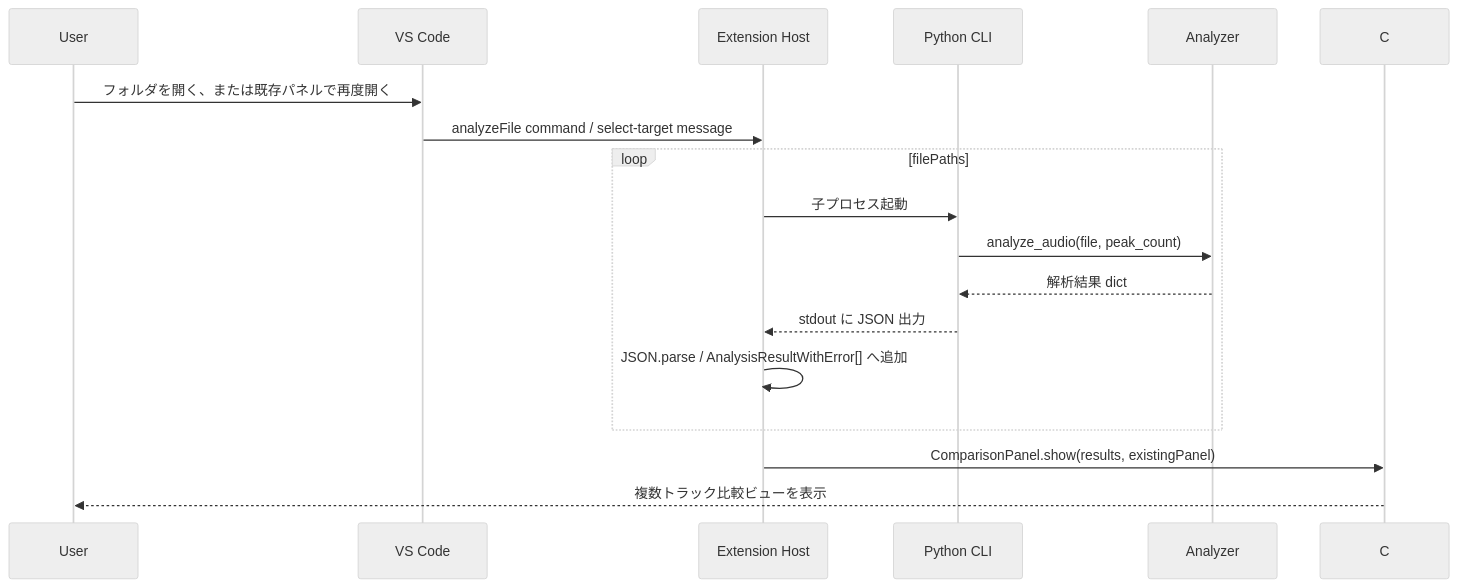
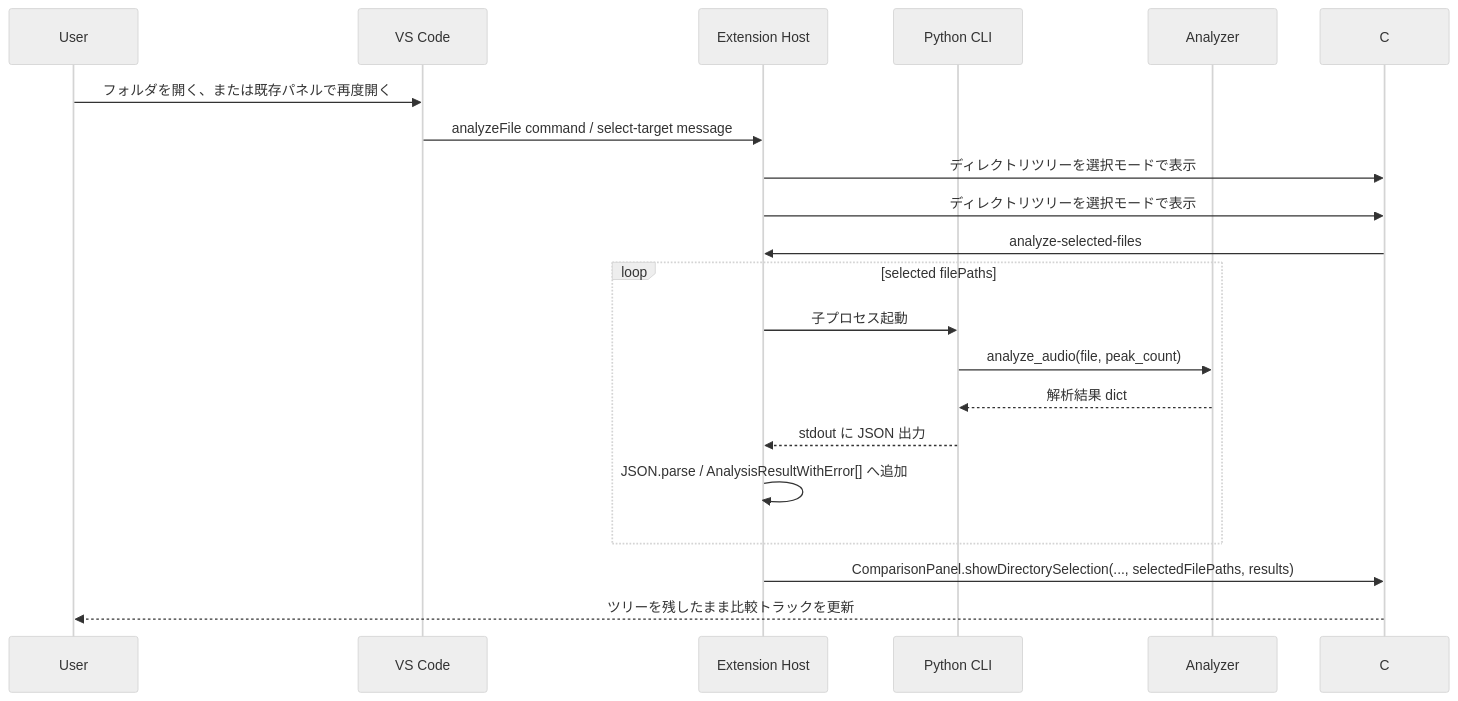
Before and after one commit to kasahart/audio-wandas-analyzer: the third of 3 diagrams in docs/architecture.md, drawn with Mermaid (neutral theme). The commit also changed other lines of this file and 16 other files, not shown here.

Commit message:
Implement directory selection startup flow

````diff
--- a/docs/architecture.md
+++ b/docs/architecture.md
@@ -164,19 +168,22 @@
 ```mermaid
 sequenceDiagram
     participant U as User
   participant V as VS Code
     participant E as Extension Host
     participant P as Python CLI
     participant A as Analyzer
   U->>V: フォルダを開く、または既存パネルで再度開く
   V->>E: analyzeFile command / select-target message
-    loop filePaths
+  E->>C: ディレクトリツリーを選択モードで表示
+  E->>C: ディレクトリツリーを選択モードで表示
+  C->>E: analyze-selected-files
+    loop selected filePaths
         E->>P: 子プロセス起動
         P->>A: analyze_audio(file, peak_count)
         A-->>P: 解析結果 dict
         P-->>E: stdout に JSON 出力
         E->>E: JSON.parse / AnalysisResultWithError[] へ追加
     end
-    E->>C: ComparisonPanel.show(results, existingPanel)
-    C-->>U: 複数トラック比較ビューを表示
+    E->>C: ComparisonPanel.showDirectorySelection(..., selectedFilePaths, results)
+    C-->>U: ツリーを残したまま比較トラックを更新
 ```
````
